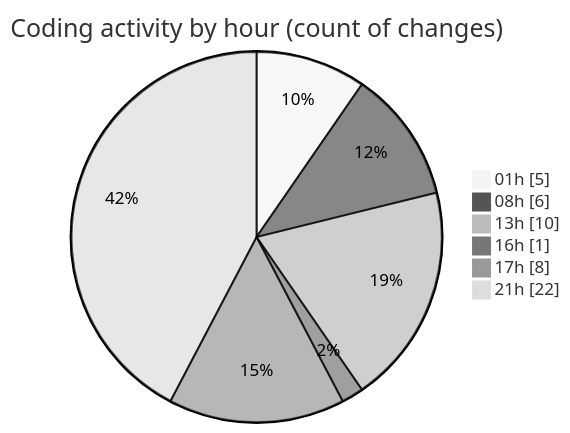
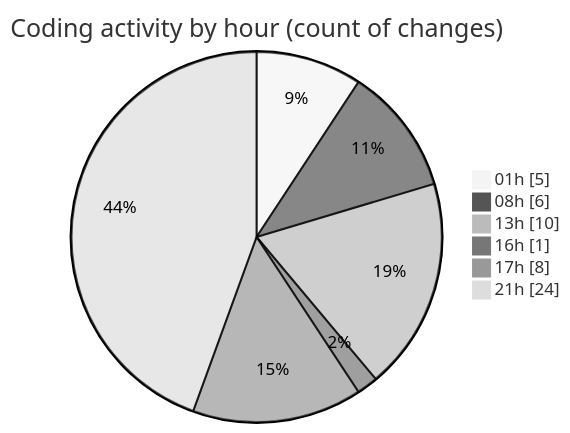
One commit to tmsrecording-cyber/code-tracking changed the second of 2 diagrams in 2026-02-04/singularitybrainai/README.md. Above: the diagram before and after it, drawn with Mermaid (neutral theme). The commit also changed other lines of this file and 1 other file, not shown here.

````diff
--- a/2026-02-04/singularitybrainai/README.md
+++ b/2026-02-04/singularitybrainai/README.md
@@ -35,10 +35,10 @@
 ```mermaid
 pie showData
 title Coding activity by hour (count of changes)
 "01h" : 5
 "08h" : 6
 "13h" : 10
 "16h" : 1
 "17h" : 8
-"21h" : 22
+"21h" : 24
 ```
````
